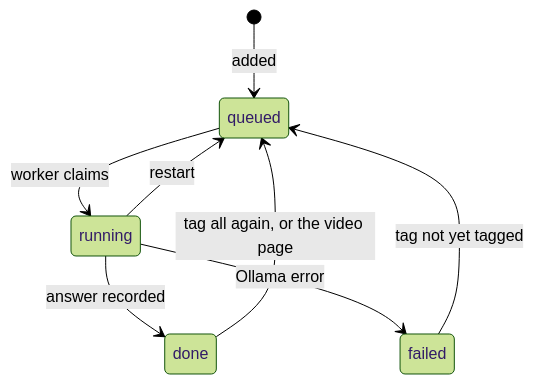
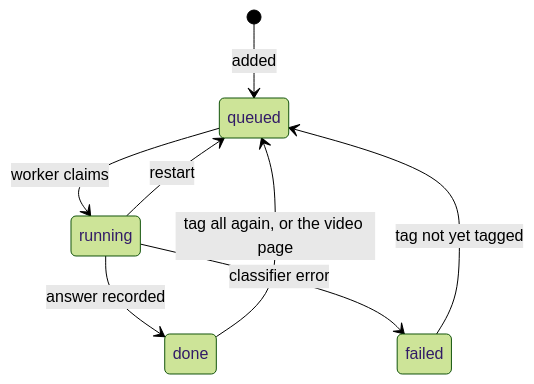
The third of 3 diagrams in docs/design-docs/auto-tagging.md (syudead/vv), drawn with Mermaid (forest theme) before and after one commit. The commit also changed other lines of this file and 34 other files, not shown here.

````diff
--- a/docs/design-docs/auto-tagging.md
+++ b/docs/design-docs/auto-tagging.md
@@ -114,10 +124,10 @@
 ```mermaid
 stateDiagram-v2
   [*] --> queued: added
   queued --> running: worker claims
   running --> done: answer recorded
-  running --> failed: Ollama error
+  running --> failed: classifier error
   running --> queued: restart
   failed --> queued: tag not yet tagged
   done --> queued: tag all again, or the video page
 ```
````
